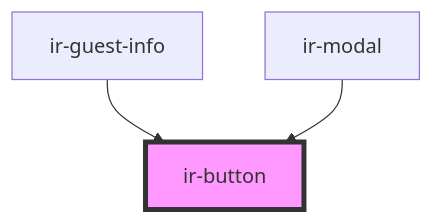
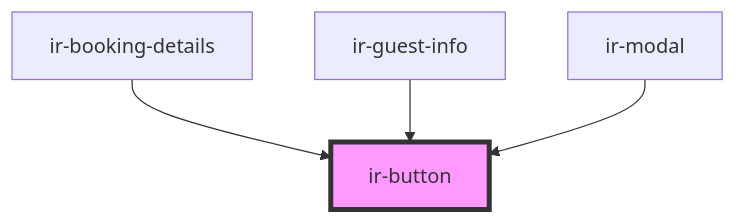
One commit to freddynasr/ir-webcmp changed the diagram in src/components/ir-button/readme.md. Above: the diagram before and after it, drawn with Mermaid. The commit also changed other lines of this file and 9 other files, not shown here.

Commit message:
first booking details commit

````diff
--- a/src/components/ir-button/readme.md
+++ b/src/components/ir-button/readme.md
@@ -38,6 +39,7 @@
 ```mermaid
 graph TD;
+  ir-booking-details --> ir-button
   ir-guest-info --> ir-button
   ir-modal --> ir-button
   style ir-button fill:#f9f,stroke:#333,stroke-width:4px
 ```
````
